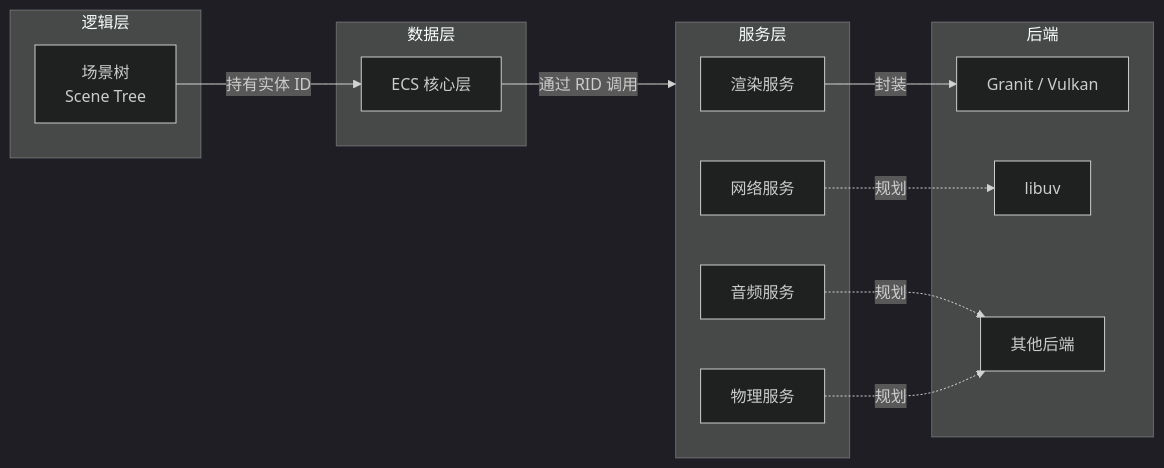
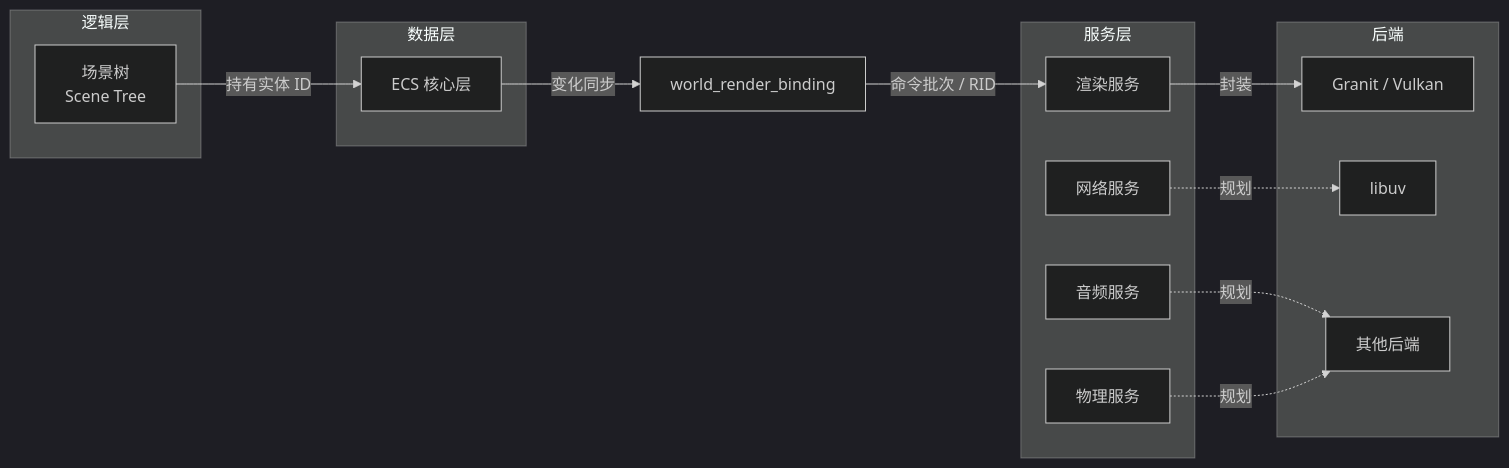
Before and after one commit to synchronized/gneiss: the diagram in docs/concepts/architecture.md, drawn with Mermaid (dark theme). The commit also changed other lines of this file and 5 other files, not shown here.

````diff
--- a/docs/concepts/architecture.md
+++ b/docs/concepts/architecture.md
@@ -12,30 +12,31 @@
 ```mermaid
 flowchart LR
     subgraph Logic[逻辑层]
         ST[场景树<br/>Scene Tree]
     end
 
     subgraph Data[数据层]
         ECS[ECS 核心层]
     end
 
     subgraph Services[服务层]
         RS[渲染服务]
         NS[网络服务]
         AS[音频服务]
         PS[物理服务]
     end
 
     subgraph Backends[后端]
         GR[Granit / Vulkan]
         UV[libuv]
         Other[其他后端]
     end
 
     ST -->|持有实体 ID| ECS
-    ECS -->|通过 RID 调用| Services
+    ECS -->|变化同步| WB[world_render_binding]
+    WB -->|命令批次 / RID| RS
     RS -->|封装| GR
     NS -.->|规划| UV
     AS -.->|规划| Other
     PS -.->|规划| Other
 ```
````
